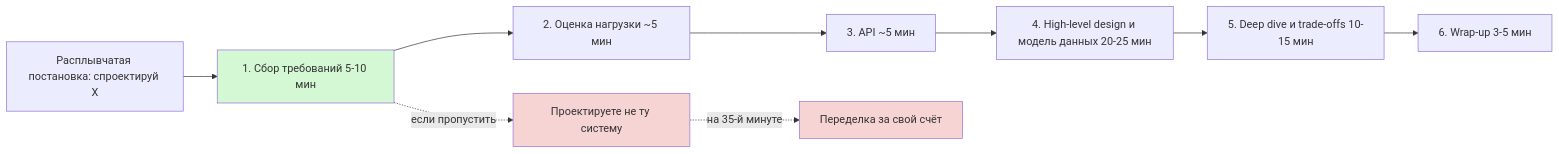
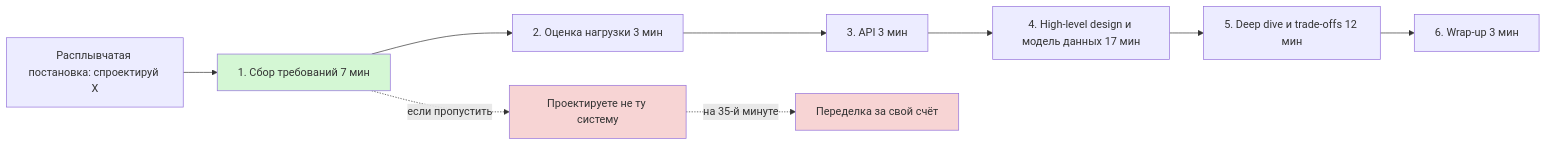
Before and after one commit to AlohaJava/system-design-interview-chamkin: the first of 3 diagrams in 00-how-to-pass/clarifying-questions.md, drawn with Mermaid. The commit also changed other lines of this file and 49 other files, not shown here.

````diff
--- a/00-how-to-pass/clarifying-questions.md
+++ b/00-how-to-pass/clarifying-questions.md
@@ -57,14 +85,14 @@
 ```mermaid
 flowchart LR
-    A["Расплывчатая постановка: спроектируй X"] --> B["1. Сбор требований 5-10 мин"]
-    B --> C["2. Оценка нагрузки ~5 мин"]
-    C --> D["3. API ~5 мин"]
-    D --> E["4. High-level design и модель данных 20-25 мин"]
-    E --> F["5. Deep dive и trade-offs 10-15 мин"]
-    F --> G["6. Wrap-up 3-5 мин"]
+    A["Расплывчатая постановка: спроектируй X"] --> B["1. Сбор требований 7 мин"]
+    B --> C["2. Оценка нагрузки 3 мин"]
+    C --> D["3. API 3 мин"]
+    D --> E["4. High-level design и модель данных 17 мин"]
+    E --> F["5. Deep dive и trade-offs 12 мин"]
+    F --> G["6. Wrap-up 3 мин"]
     B -.->|"если пропустить"| H["Проектируете не ту систему"]
     H -.->|"на 35-й минуте"| I["Переделка за свой счёт"]
     style B fill:#d4f7d4
     style H fill:#f7d4d4
     style I fill:#f7d4d4
 ```
````
